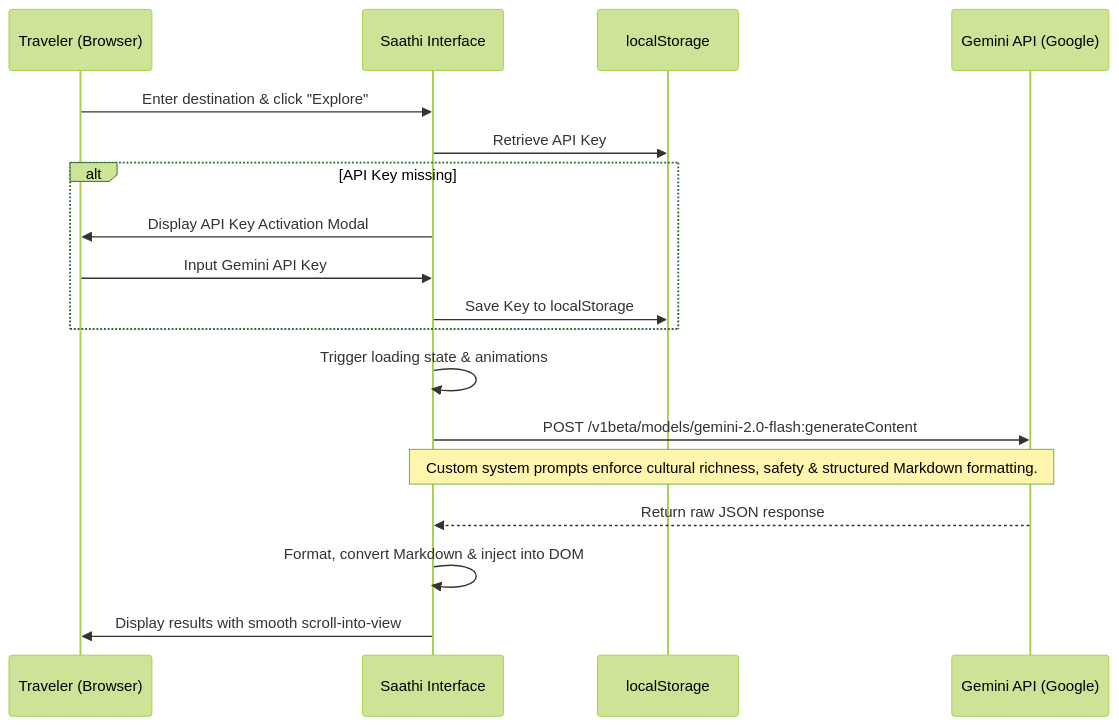
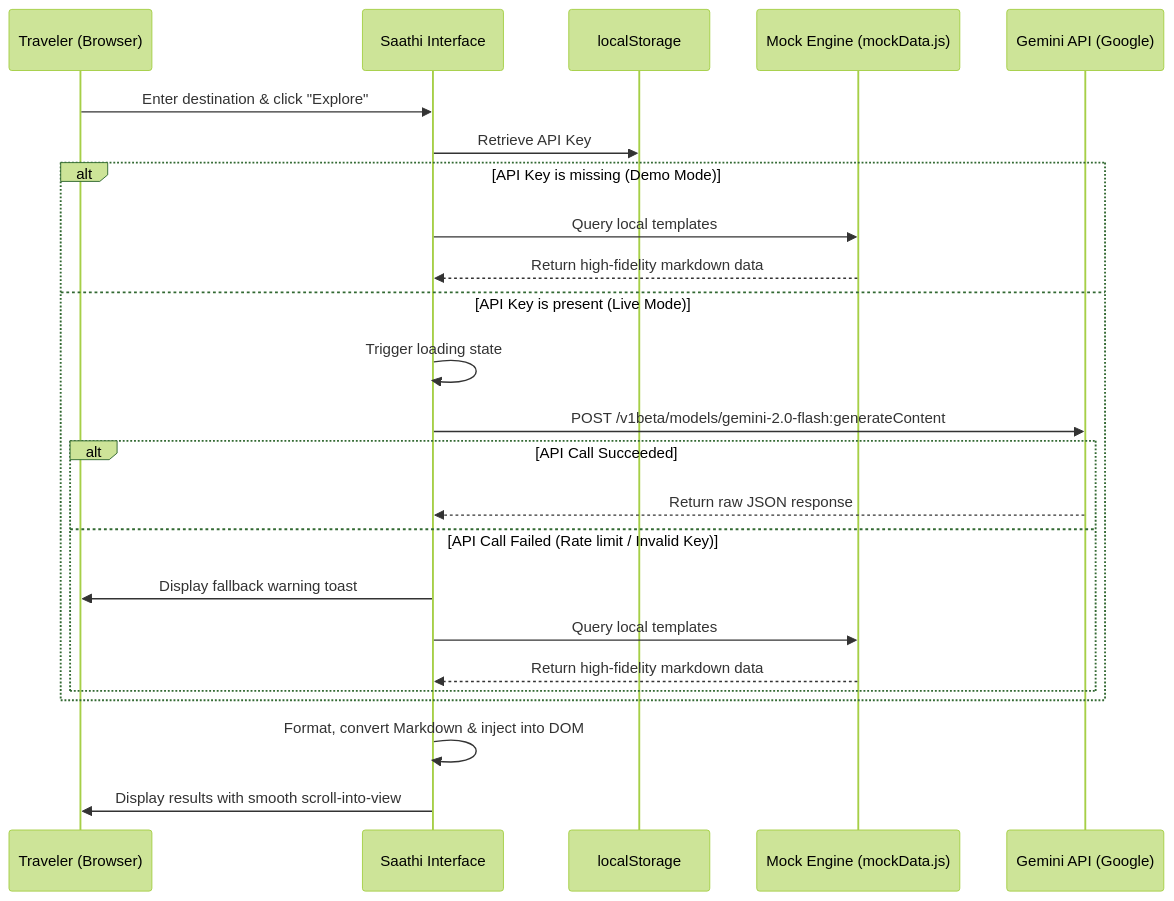
Before and after one commit to atharali786/saathi-companion: the diagram in README.md, drawn with Mermaid (forest theme). The commit also changed other lines of this file and 4 other files, not shown here.

Commit message:
Implemented Hybrid Live/Mock AI Architecture with active default Demo Mode for evaluation resiliency

````diff
--- a/README.md
+++ b/README.md
@@ -77,21 +81,27 @@
 ```mermaid
 sequenceDiagram
     participant User as Traveler (Browser)
     participant UI as Saathi Interface
     participant Local as localStorage
+    participant Mock as Mock Engine (mockData.js)
     participant API as Gemini API (Google)
     
     User->>UI: Enter destination & click "Explore"
     UI->>Local: Retrieve API Key
-    alt API Key missing
-        UI->>User: Display API Key Activation Modal
-        User->>UI: Input Gemini API Key
-        UI->>Local: Save Key to localStorage
+    alt API Key is missing (Demo Mode)
+        UI->>Mock: Query local templates
+        Mock-->>UI: Return high-fidelity markdown data
+    else API Key is present (Live Mode)
+        UI->>UI: Trigger loading state
+        UI->>API: POST /v1beta/models/gemini-2.0-flash:generateContent
+        alt API Call Succeeded
+            API-->>UI: Return raw JSON response
+        else API Call Failed (Rate limit / Invalid Key)
+            UI->>User: Display fallback warning toast
+            UI->>Mock: Query local templates
+            Mock-->>UI: Return high-fidelity markdown data
+        end
     end
-    UI->>UI: Trigger loading state & animations
-    UI->>API: POST /v1beta/models/gemini-2.0-flash:generateContent
-    Note over UI,API: Custom system prompts enforce cultural richness, safety & structured Markdown formatting.
-    API-->>UI: Return raw JSON response
     UI->>UI: Format, convert Markdown & inject into DOM
     UI->>User: Display results with smooth scroll-into-view
 ```
````
